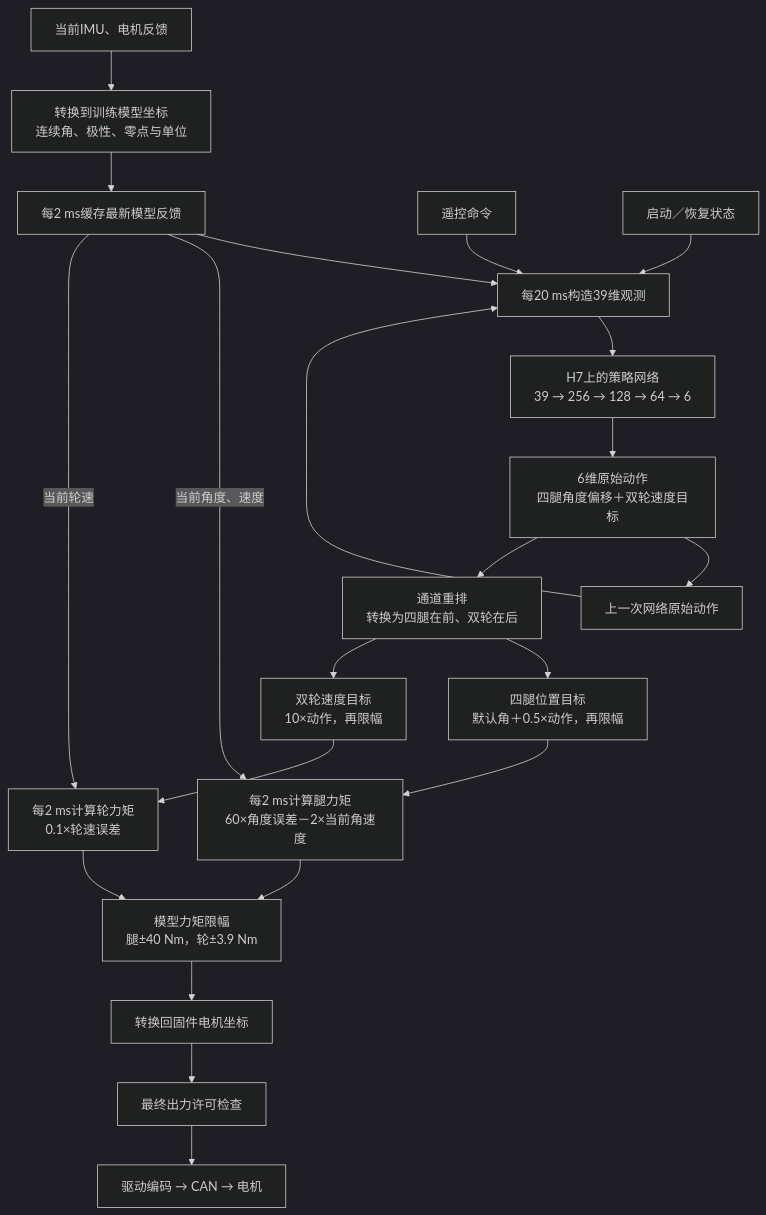
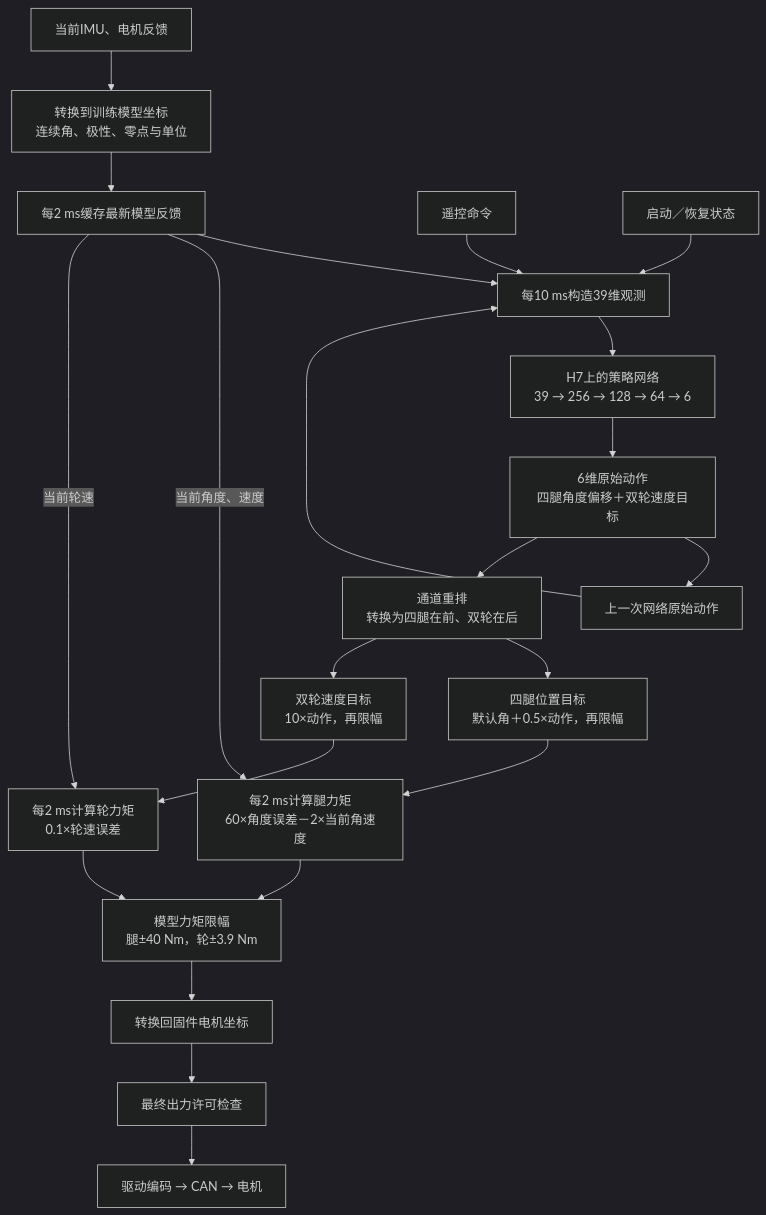
The third of 4 diagrams in docs/ai/architecture.md (zn1135/wheelleg_RL_2026), drawn with Mermaid (dark theme) before and after one commit. The commit also changed other lines of this file and 46 other files, not shown here.

````diff
--- a/docs/ai/architecture.md
+++ b/docs/ai/architecture.md
@@ -110,24 +112,24 @@
 ```mermaid
 flowchart TB
     F["当前IMU、电机反馈"] --> M["转换到训练模型坐标<br/>连续角、极性、零点与单位"]
     M --> S["每2 ms缓存最新模型反馈"]
-    S --> OBS["每20 ms构造39维观测"]
+    S --> OBS["每10 ms构造39维观测"]
     CMD["遥控命令"] --> OBS
     MODE["启动／恢复状态"] --> OBS
     LAST["上一次网络原始动作"] --> OBS
     OBS --> NN["H7上的策略网络<br/>39 → 256 → 128 → 64 → 6"]
     NN --> ACTION["6维原始动作<br/>四腿角度偏移＋双轮速度目标"]
     ACTION --> LAST
     ACTION --> REORDER["通道重排<br/>转换为四腿在前、双轮在后"]
     REORDER --> LEG["四腿位置目标<br/>默认角＋0.5×动作，再限幅"]
     REORDER --> WHEEL["双轮速度目标<br/>10×动作，再限幅"]
     LEG --> PD["每2 ms计算腿力矩<br/>60×角度误差－2×当前角速度"]
     WHEEL --> P["每2 ms计算轮力矩<br/>0.1×轮速误差"]
     S -->|当前角度、速度| PD
     S -->|当前轮速| P
     PD --> LIMIT["模型力矩限幅<br/>腿±40 Nm，轮±3.9 Nm"]
     P --> LIMIT
     LIMIT --> BACK["转换回固件电机坐标"]
     BACK --> GATE["最终出力许可检查"]
     GATE --> SEND["驱动编码 → CAN → 电机"]
 ```
````
